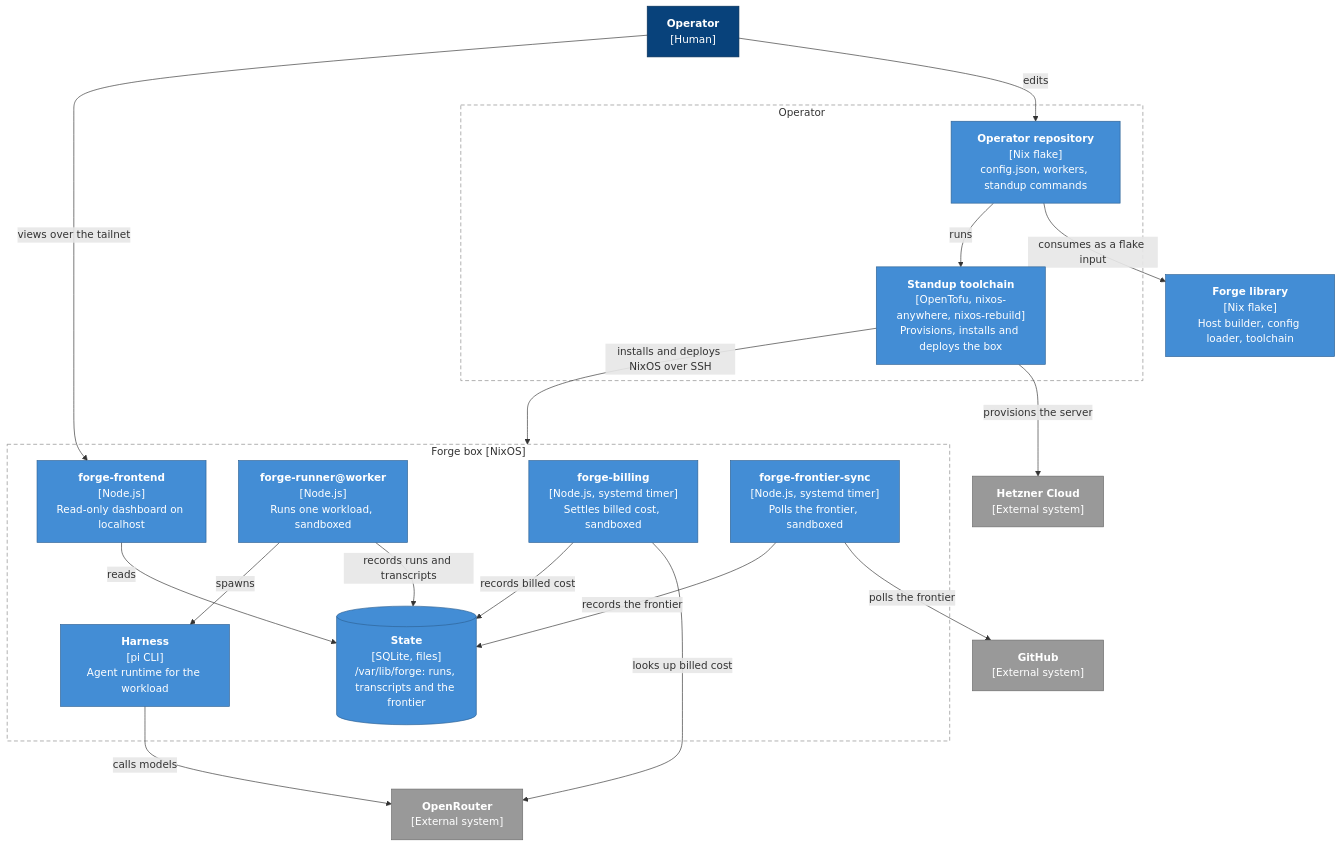
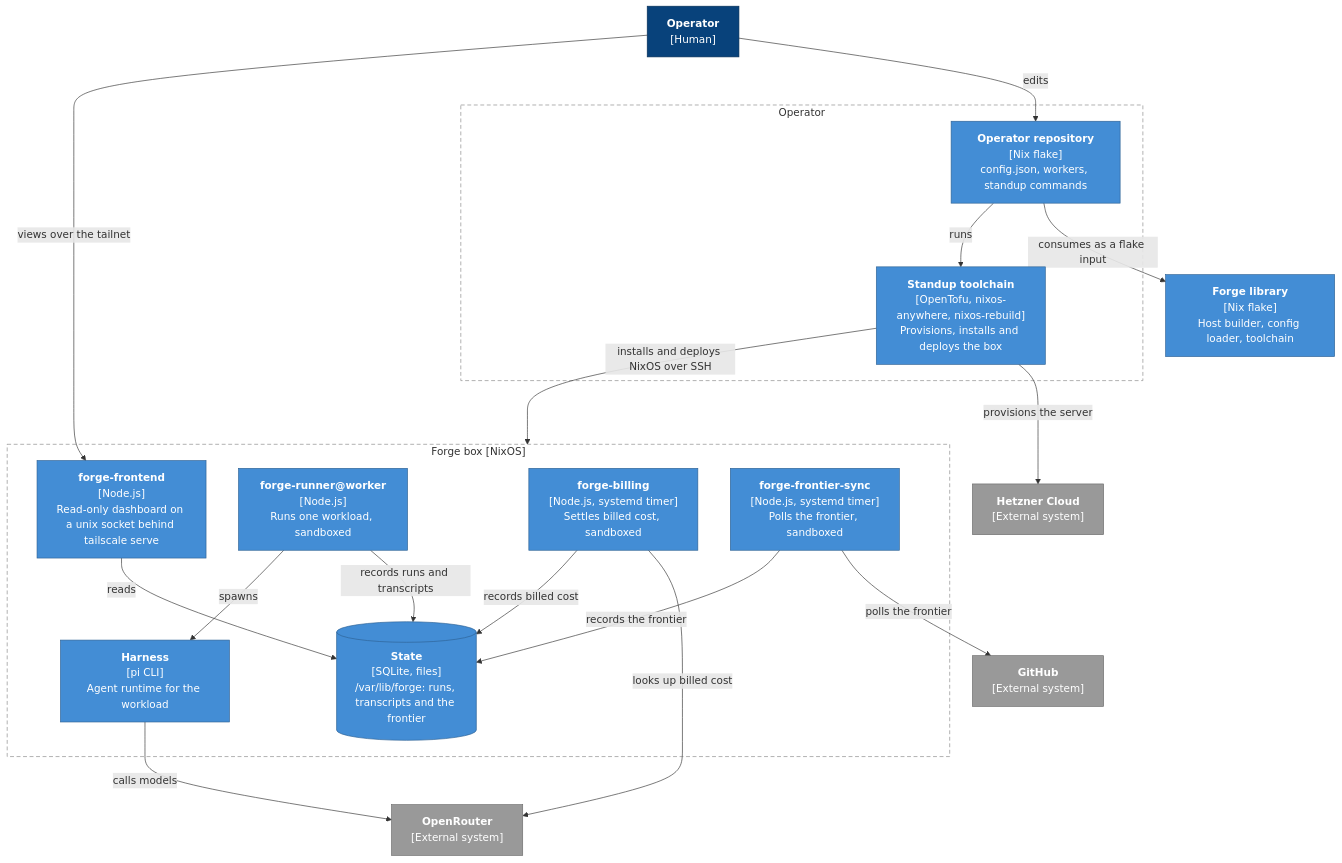
The second of 3 diagrams in README.md (rameezk/forge), drawn with Mermaid before and after one commit. The commit also changed 8 other files, not shown here.

Commit message:
feat: serve the dashboard on a unix socket the workload sandbox cannot see (#653)

````diff
--- a/README.md
+++ b/README.md
@@ -53,47 +53,47 @@
 ```mermaid
 flowchart TB
     operator["<b>Operator</b><br/>[Human]"]
 
     subgraph workstation["Operator"]
         oprepo["<b>Operator repository</b><br/>[Nix flake]<br/>config.json, workers, standup commands"]
         toolchain["<b>Standup toolchain</b><br/>[OpenTofu, nixos-anywhere, nixos-rebuild]<br/>Provisions, installs and deploys the box"]
     end
 
     subgraph box["Forge box [NixOS]"]
-        frontend["<b>forge-frontend</b><br/>[Node.js]<br/>Read-only dashboard on localhost"]
+        frontend["<b>forge-frontend</b><br/>[Node.js]<br/>Read-only dashboard on a unix socket behind tailscale serve"]
         state[("<b>State</b><br/>[SQLite, files]<br/>/var/lib/forge: runs, transcripts and the frontier")]
         runner["<b>forge-runner@worker</b><br/>[Node.js]<br/>Runs one workload, sandboxed"]
         harness["<b>Harness</b><br/>[pi CLI]<br/>Agent runtime for the workload"]
         billing["<b>forge-billing</b><br/>[Node.js, systemd timer]<br/>Settles billed cost, sandboxed"]
         frontier["<b>forge-frontier-sync</b><br/>[Node.js, systemd timer]<br/>Polls the frontier, sandboxed"]
     end
 
     library["<b>Forge library</b><br/>[Nix flake]<br/>Host builder, config loader, toolchain"]
     hetzner["<b>Hetzner Cloud</b><br/>[External system]"]
     openrouter["<b>OpenRouter</b><br/>[External system]"]
     github["<b>GitHub</b><br/>[External system]"]
 
     operator -- "edits" --> oprepo
     operator -- "views over the tailnet" --> frontend
     oprepo -- "consumes as a flake input" --> library
     oprepo -- "runs" --> toolchain
     toolchain -- "provisions the server" --> hetzner
     toolchain -- "installs and deploys NixOS over SSH" --> box
     frontend -- "reads" --> state
     runner -- "records runs and transcripts" --> state
     runner -- "spawns" --> harness
     harness -- "calls models" --> openrouter
     billing -- "looks up billed cost" --> openrouter
     billing -- "records billed cost" --> state
     frontier -- "polls the frontier" --> github
     frontier -- "records the frontier" --> state
 
     classDef person fill:#08427b,stroke:#052e56,color:#fff
     classDef container fill:#438dd5,stroke:#2e6295,color:#fff
     classDef external fill:#999999,stroke:#6b6b6b,color:#fff
     classDef boundary fill:none,stroke:#888888,stroke-dasharray:6 4
     class operator person
     class oprepo,toolchain,library,runner,harness,billing,frontier,frontend,state container
     class hetzner,openrouter,github external
     class workstation,box boundary
 ```
````
